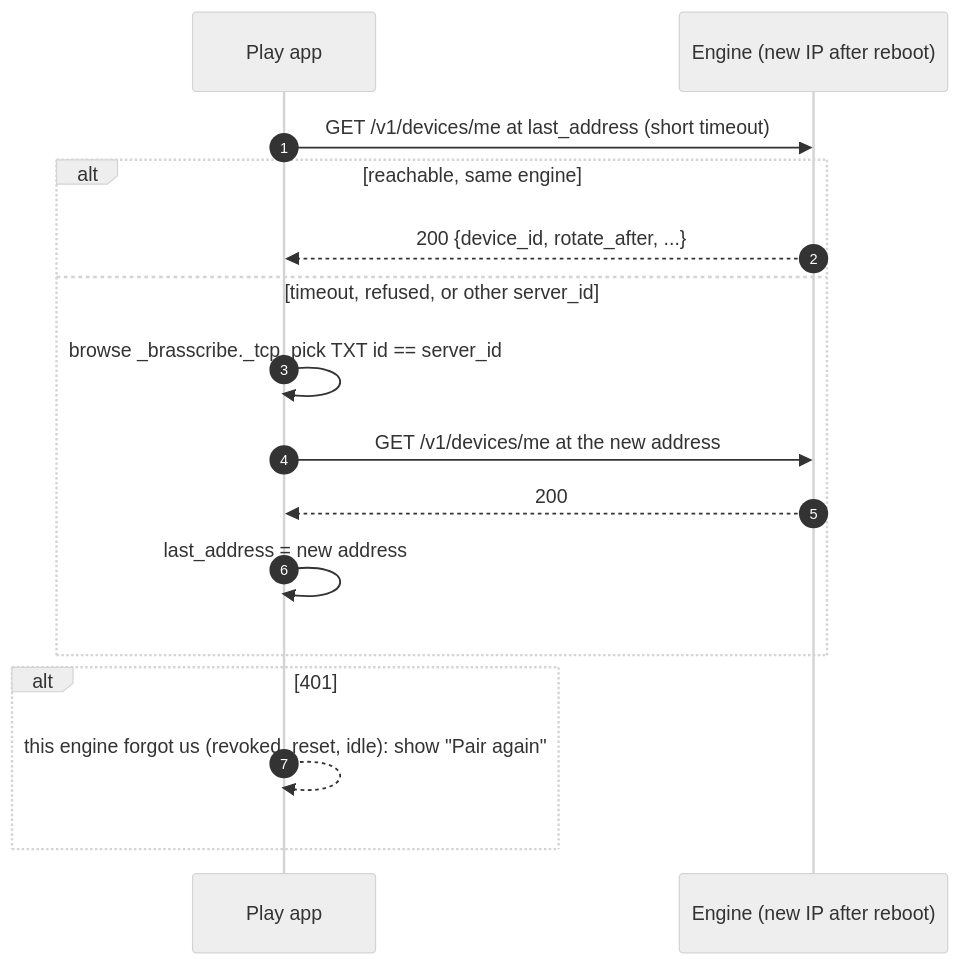
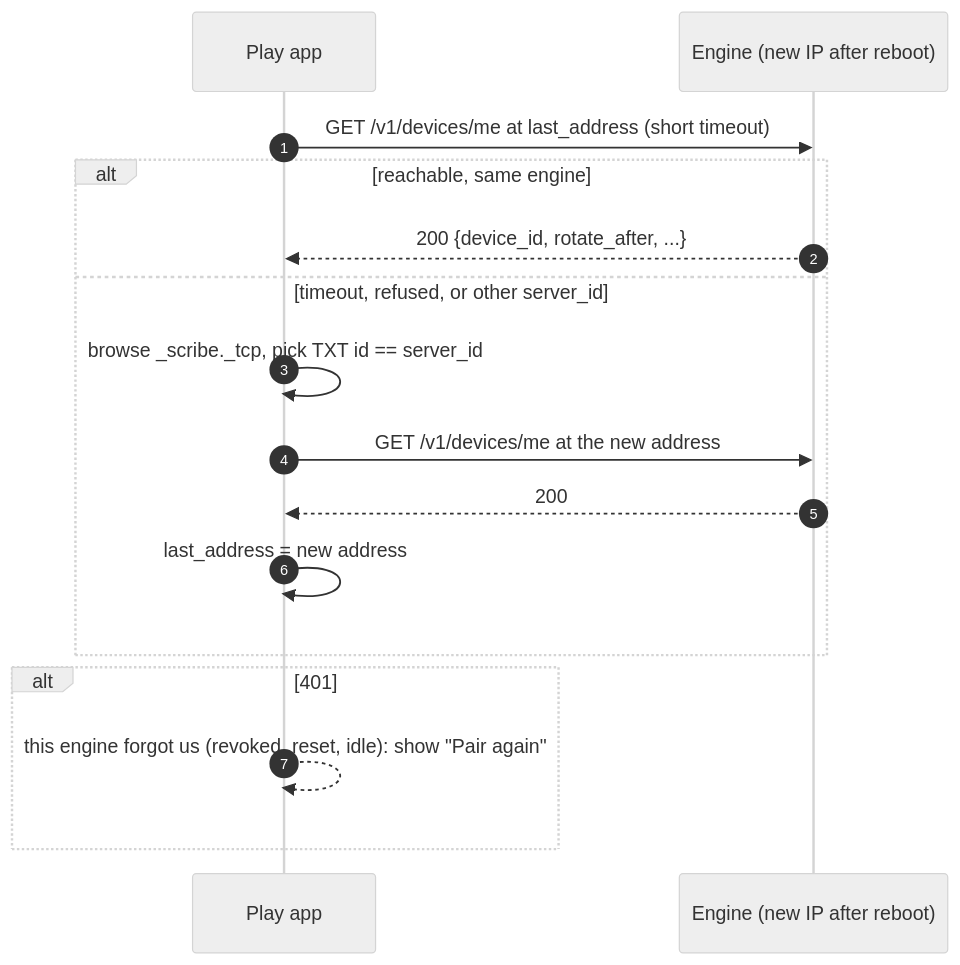
Before and after one commit to 181192/brasscribe: the third of 3 diagrams in docs/plan/pairing-and-remote-access.md, drawn with Mermaid (neutral theme). The commit also changed other lines of this file and 198 other files, not shown here.

````diff
--- a/docs/plan/pairing-and-remote-access.md
+++ b/docs/plan/pairing-and-remote-access.md
@@ -166,18 +166,18 @@
 ```mermaid
 sequenceDiagram
     autonumber
     participant P as Play app
     participant E as Engine (new IP after reboot)
     P->>E: GET /v1/devices/me at last_address (short timeout)
     alt reachable, same engine
         E-->>P: 200 {device_id, rotate_after, ...}
     else timeout, refused, or other server_id
-        P->>P: browse _brasscribe._tcp, pick TXT id == server_id
+        P->>P: browse _scribe._tcp, pick TXT id == server_id
         P->>E: GET /v1/devices/me at the new address
         E-->>P: 200
         P->>P: last_address = new address
     end
     alt 401
         P-->>P: this engine forgot us (revoked, reset, idle): show "Pair again"
     end
 ```
````
